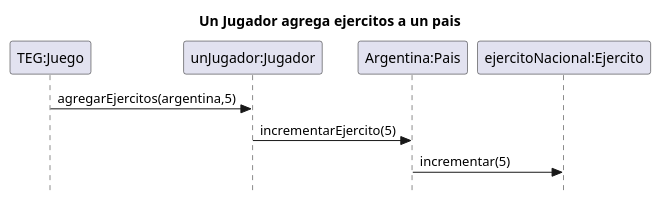
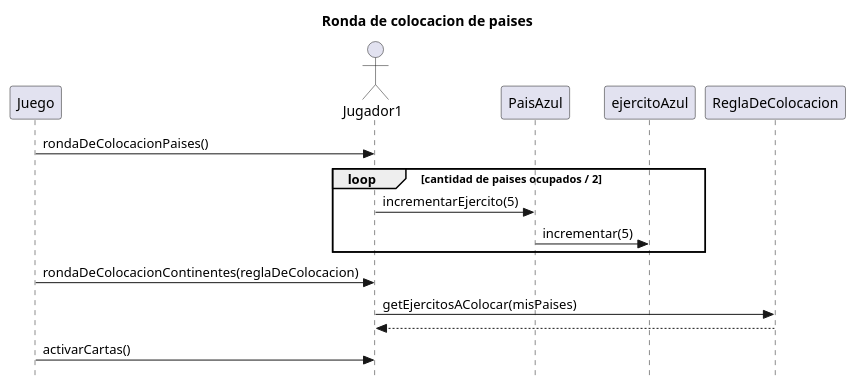
Before and after one commit to valengutierrez/algo3_tp2: the diagram in diagramas/secuenciaColocacionPaises.puml, drawn with PlantUML. The commit also changed 2 other files, not shown here.

Commit message:
agrego diagramas

```diff
--- a/diagramas/secuenciaColocacionPaises.puml
+++ b/diagramas/secuenciaColocacionPaises.puml
@@ -1,14 +1,22 @@
-@startuml agregarEjercitos
-title Un Jugador agrega ejercitos a un pais
+@startuml Diagrama de secuencia - hay clases presenciales
+title Ronda de colocacion de paises
 skinparam style strictuml
-participant "TEG:Juego" as Juego
-participant "unJugador:Jugador" as Jugador1
-participant "Argentina:Pais" as Argentina
-participant "ejercitoNacional:Ejercito" as EjercitoNacional
+
+participant Juego
+actor Jugador1 as JugadorAzul
+participant PaisAzul
+participant ejercitoAzul
+
+Juego -> JugadorAzul: rondaDeColocacionPaises()
+loop cantidad de paises ocupados / 2
+	JugadorAzul -> PaisAzul: incrementarEjercito(5)
+	PaisAzul -> ejercitoAzul: incrementar(5)
+end 
+
+Juego -> JugadorAzul: rondaDeColocacionContinentes(reglaDeColocacion)
+JugadorAzul -> ReglaDeColocacion: getEjercitosAColocar(misPaises)
+return 
+Juego -> JugadorAzul: activarCartas()
 
 
-Juego -> Jugador1: agregarEjercitos(argentina,5)
-Jugador1 -> Argentina: incrementarEjercito(5)
-Argentina -> EjercitoNacional: incrementar(5)
-
 @enduml
```
